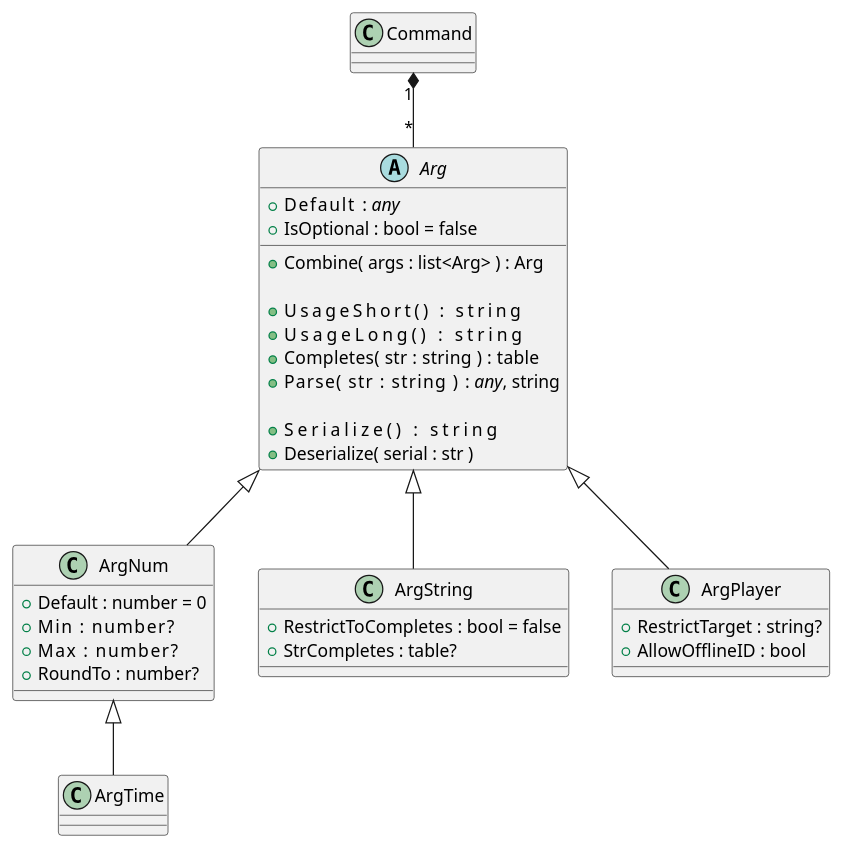
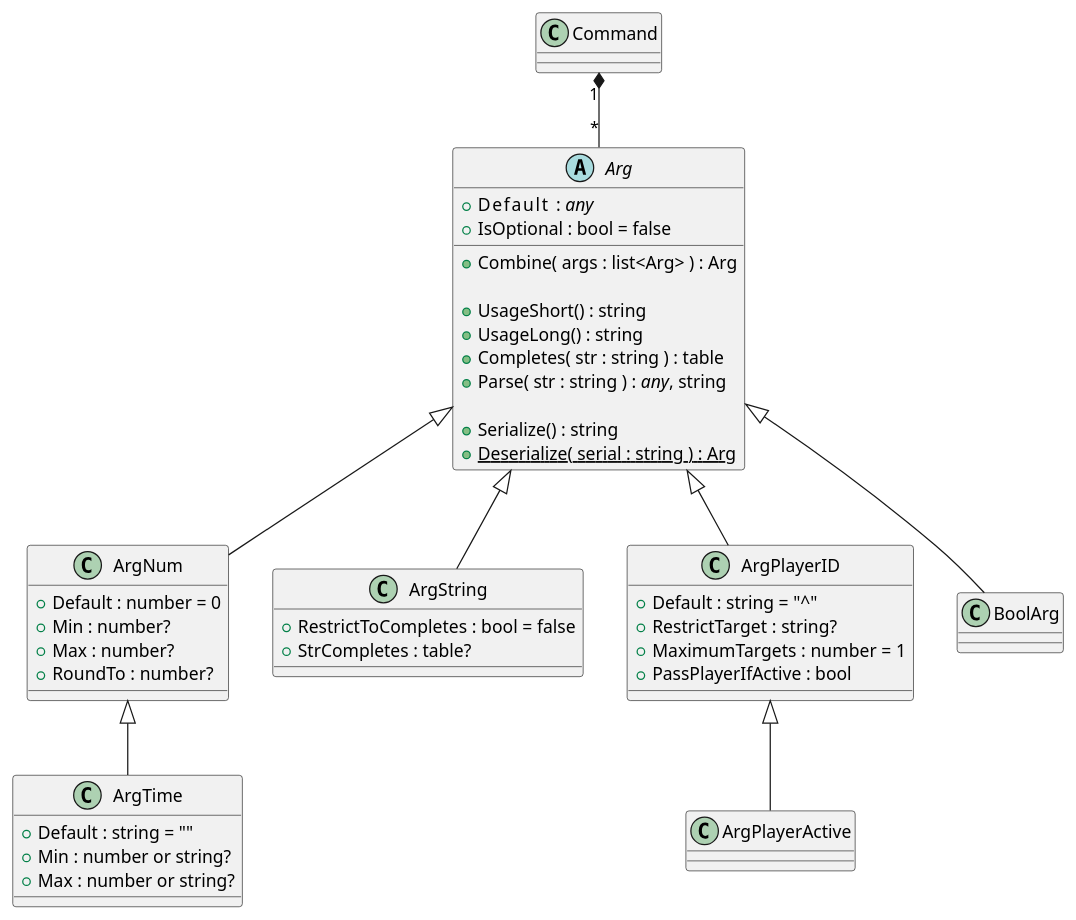
One commit to TeamUlysses/ulx4 changed the diagram in doc/uml/arguments.iuml. Above: the diagram before and after it, drawn with PlantUML. The commit also changed 3 other files, not shown here.

```diff
--- a/doc/uml/arguments.iuml
+++ b/doc/uml/arguments.iuml
@@ -1,43 +1,53 @@
 @startuml
 abstract class Arg {
 	+Default    : //any//
 	+IsOptional : bool = false
 
 	+Combine( args : list<Arg> ) : Arg
 
-	+UsageShort()                : string
-	+UsageLong()                 : string
-	+Completes( str : string )   : table
-	+Parse( str : string )       : //any//, string
+	+UsageShort() : string
+	+UsageLong() : string
+	+Completes( str : string ) : table
+	+Parse( str : string ) : //any//, string
 
-	+Serialize()                 : string
-	+Deserialize( serial : str )
+	+Serialize() : string
+	+Deserialize( serial : string ) : Arg {static}
 }
 
 class ArgNum {
 	+Default : number = 0
-	+Min     : number?
-	+Max     : number?
+	+Min : number?
+	+Max : number?
 	+RoundTo : number?
 }
 
 class ArgTime {
+	+Default : string = ""
+	+Min : number or string?
+	+Max : number or string?
 }
 
 class ArgString {
 	+RestrictToCompletes : bool = false
 	+StrCompletes : table?
 }
 
-class ArgPlayer {
+class ArgPlayerID {
+	+Default : string = "^"
 	+RestrictTarget : string?
-	+AllowOfflineID : bool
+	+MaximumTargets : number = 1
+	+PassPlayerIfActive : bool
+}
+
+class ArgPlayerActive {
 }
 
 Command "1" *-- "*" Arg
 
 Arg <|-- ArgNum
 ArgNum <|-- ArgTime
 Arg <|-- ArgString
-Arg <|-- ArgPlayer
+Arg <|-- ArgPlayerID
+ArgPlayerID <|-- ArgPlayerActive
+Arg <|-- BoolArg
 @enduml
```
